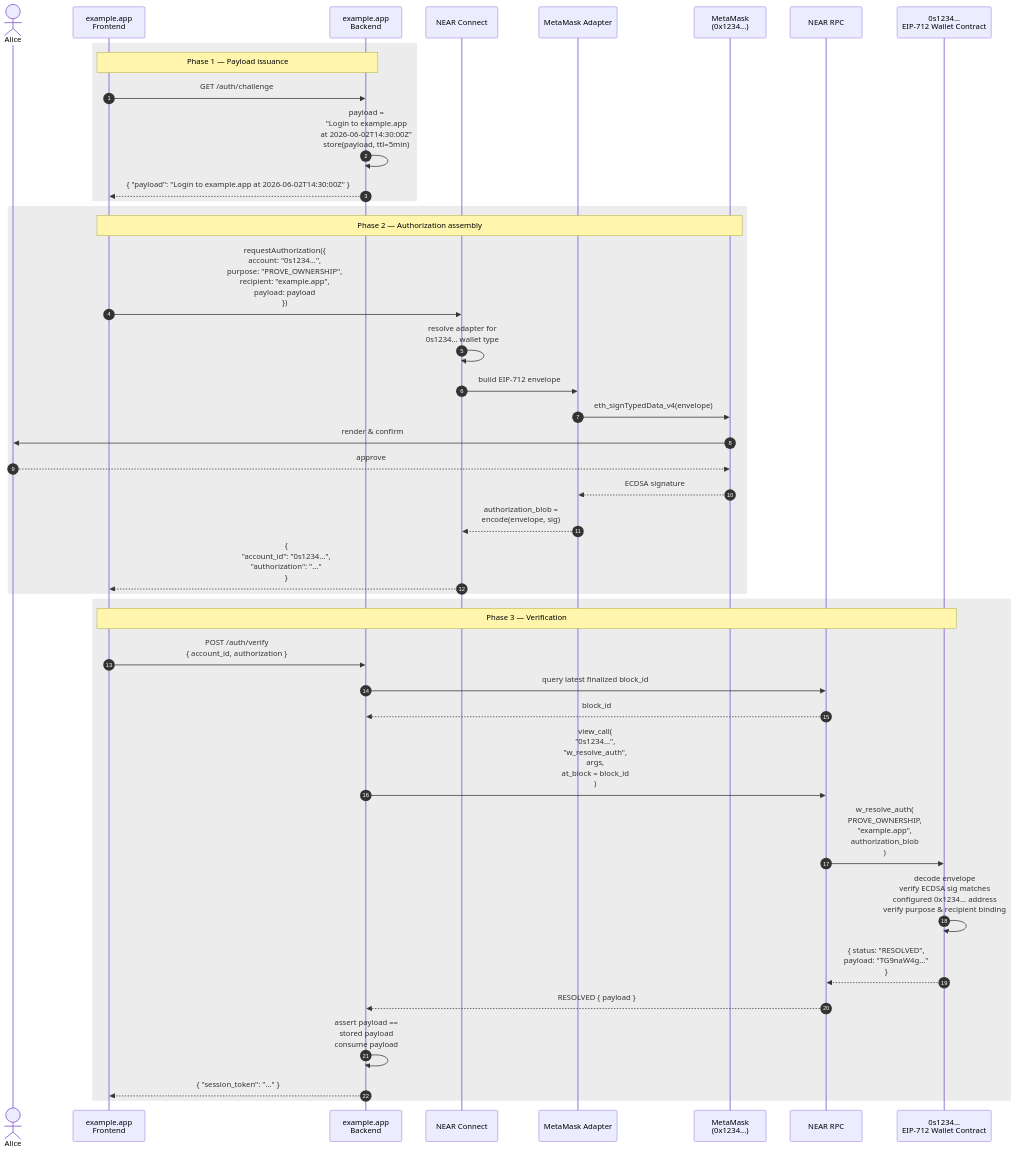
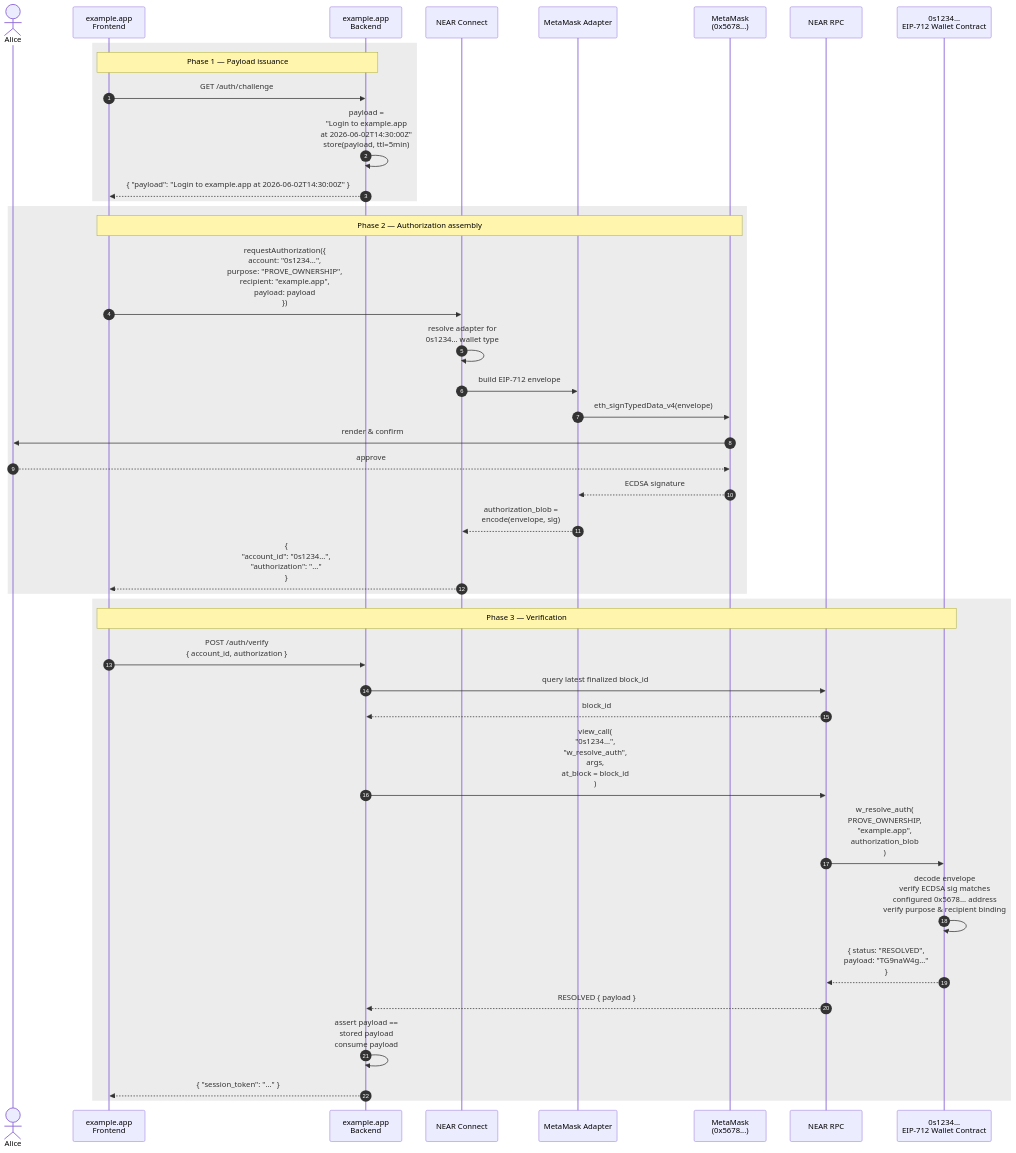
Before and after one commit to near/NEPs: the first of 4 diagrams in neps/nep-0641.md, drawn with Mermaid. The commit also changed other lines of this file, not shown here.

Commit message:
Addressing feedback: relaxing 'purpose' field, clarifying the main motivation for the NEP, explicitly mentioning MPC usecase

````diff
--- a/neps/nep-0641.md
+++ b/neps/nep-0641.md
@@ -384,46 +397,46 @@
 ```mermaid
 sequenceDiagram
     autonumber
     actor User as Alice
     participant FE as example.app<br/>Frontend
     participant BE as example.app<br/>Backend
     participant NC as NEAR Connect
     participant ADP as MetaMask Adapter
-    participant MM as MetaMask<br/>(0x1234...)
+    participant MM as MetaMask<br/>(0x5678...)
     participant RPC as NEAR RPC
     participant WC as 0s1234...<br/>EIP-712 Wallet Contract
 
     rect rgba(127, 127, 127, 0.15)
     Note over FE,BE: Phase 1 — Payload issuance
     FE->>BE: GET /auth/challenge
     BE->>BE: payload =<br/>"Login to example.app<br/>at 2026-06-02T14:30:00Z"<br/>store(payload, ttl=5min)
     BE-->>FE: { "payload": "Login to example.app at 2026-06-02T14:30:00Z" }
     end
 
     rect rgba(127, 127, 127, 0.15)
     Note over FE,MM: Phase 2 — Authorization assembly
     FE->>NC: requestAuthorization({<br/>  account: "0s1234...",<br/>  purpose: "PROVE_OWNERSHIP",<br/>  recipient: "example.app",<br/>  payload: payload<br/>})
     NC->>NC: resolve adapter for<br/>0s1234... wallet type
     NC->>ADP: build EIP-712 envelope
     ADP->>MM: eth_signTypedData_v4(envelope)
     MM->>User: render & confirm
     User-->>MM: approve
     MM-->>ADP: ECDSA signature
     ADP-->>NC: authorization_blob =<br/>encode(envelope, sig)
     NC-->>FE: {<br/>  "account_id": "0s1234...",<br/>  "authorization": "..."<br/>}
     end
 
     rect rgba(127, 127, 127, 0.15)
     Note over FE,WC: Phase 3 — Verification
     FE->>BE: POST /auth/verify<br/>{ account_id, authorization }
     BE->>RPC: query latest finalized block_id
     RPC-->>BE: block_id
     BE->>RPC: view_call(<br/>  "0s1234...",<br/>  "w_resolve_auth",<br/>  args,<br/>  at_block = block_id<br/>)
     RPC->>WC: w_resolve_auth(<br/>  PROVE_OWNERSHIP,<br/>  "example.app",<br/>  authorization_blob<br/>)
-    WC->>WC: decode envelope<br/>verify ECDSA sig matches<br/>configured 0x1234... address<br/>verify purpose & recipient binding
+    WC->>WC: decode envelope<br/>verify ECDSA sig matches<br/>configured 0x5678... address<br/>verify purpose & recipient binding
     WC-->>RPC: { status: "RESOLVED",<br/>  payload: "TG9naW4g..."<br/>}
     RPC-->>BE: RESOLVED { payload }
     BE->>BE: assert payload ==<br/>stored payload<br/>consume payload
     BE-->>FE: { "session_token": "..." }
     end
 ```
````
